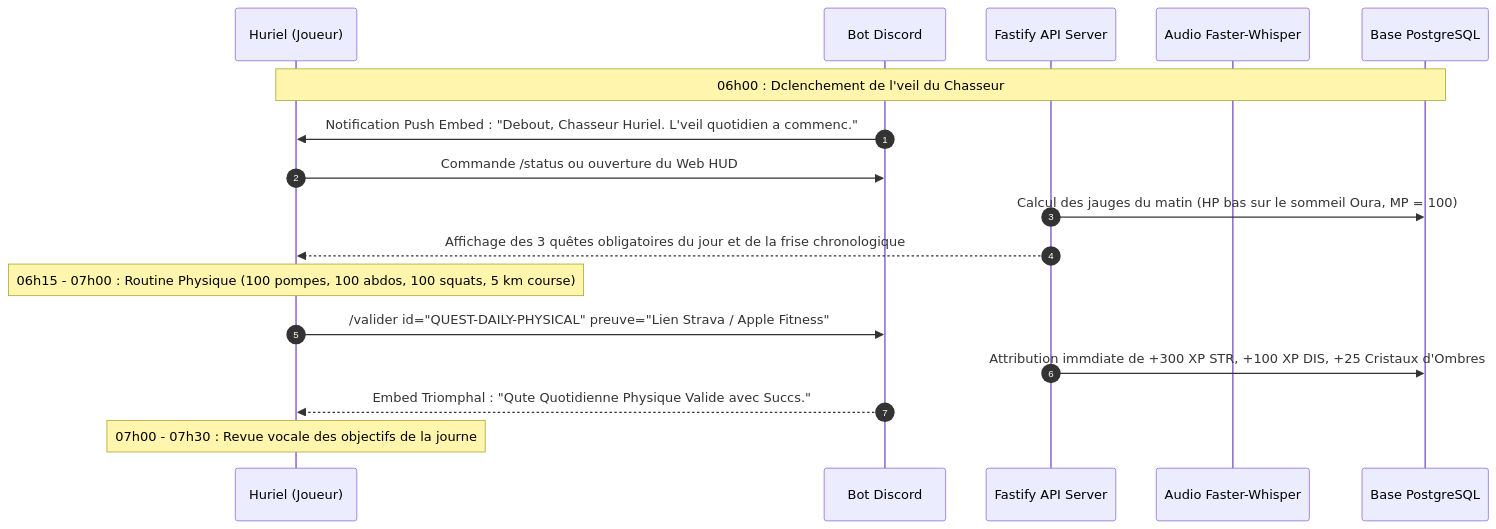
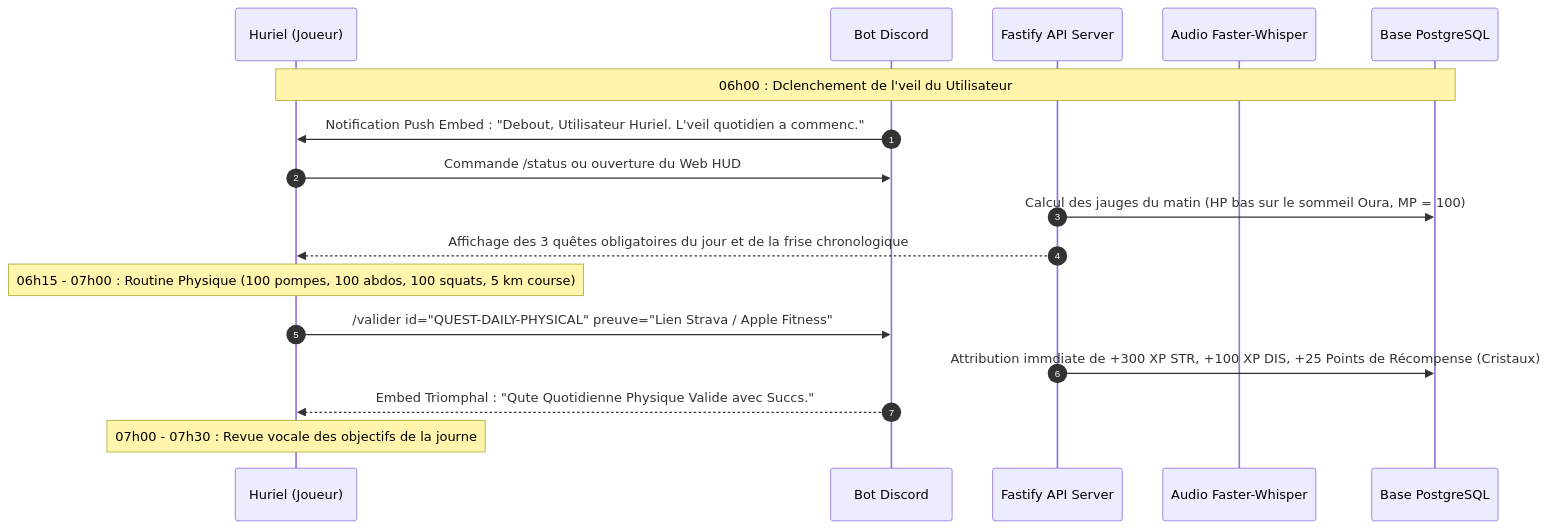
One commit to GeovanioH/LevelUp changed the seventh of 9 diagrams in docs/09-ROADMAP.md. Above: the diagram before and after it, drawn with Mermaid. The commit also changed other lines of this file and 12 other files, not shown here.

````diff
--- a/docs/09-ROADMAP.md
+++ b/docs/09-ROADMAP.md
@@ -1630,20 +1630,20 @@
 ```mermaid
 sequenceDiagram
     autonumber
     participant H as Huriel (Joueur)
     participant D as Bot Discord
     participant API as Fastify API Server
     participant W as Audio Faster-Whisper
     participant DB as Base PostgreSQL
 
-    Note over H, DB: 06h00 : Dclenchement de l'veil du Chasseur
-    D->>H: Notification Push Embed : "Debout, Chasseur Huriel. L'veil quotidien a commenc."
+    Note over H, DB: 06h00 : Dclenchement de l'veil du Utilisateur
+    D->>H: Notification Push Embed : "Debout, Utilisateur Huriel. L'veil quotidien a commenc."
     H->>D: Commande /status ou ouverture du Web HUD
     API->>DB: Calcul des jauges du matin (HP bas sur le sommeil Oura, MP = 100)
     API-->>H: Affichage des 3 quêtes obligatoires du jour et de la frise chronologique
     Note over H: 06h15 - 07h00 : Routine Physique (100 pompes, 100 abdos, 100 squats, 5 km course)
     H->>D: /valider id="QUEST-DAILY-PHYSICAL" preuve="Lien Strava / Apple Fitness"
-    API->>DB: Attribution immdiate de +300 XP STR, +100 XP DIS, +25 Cristaux d'Ombres
+    API->>DB: Attribution immdiate de +300 XP STR, +100 XP DIS, +25 Points de Récompense (Cristaux)
     D-->>H: Embed Triomphal : "Qute Quotidienne Physique Valide avec Succs."
     Note over H: 07h00 - 07h30 : Revue vocale des objectifs de la journe
 ```
````
